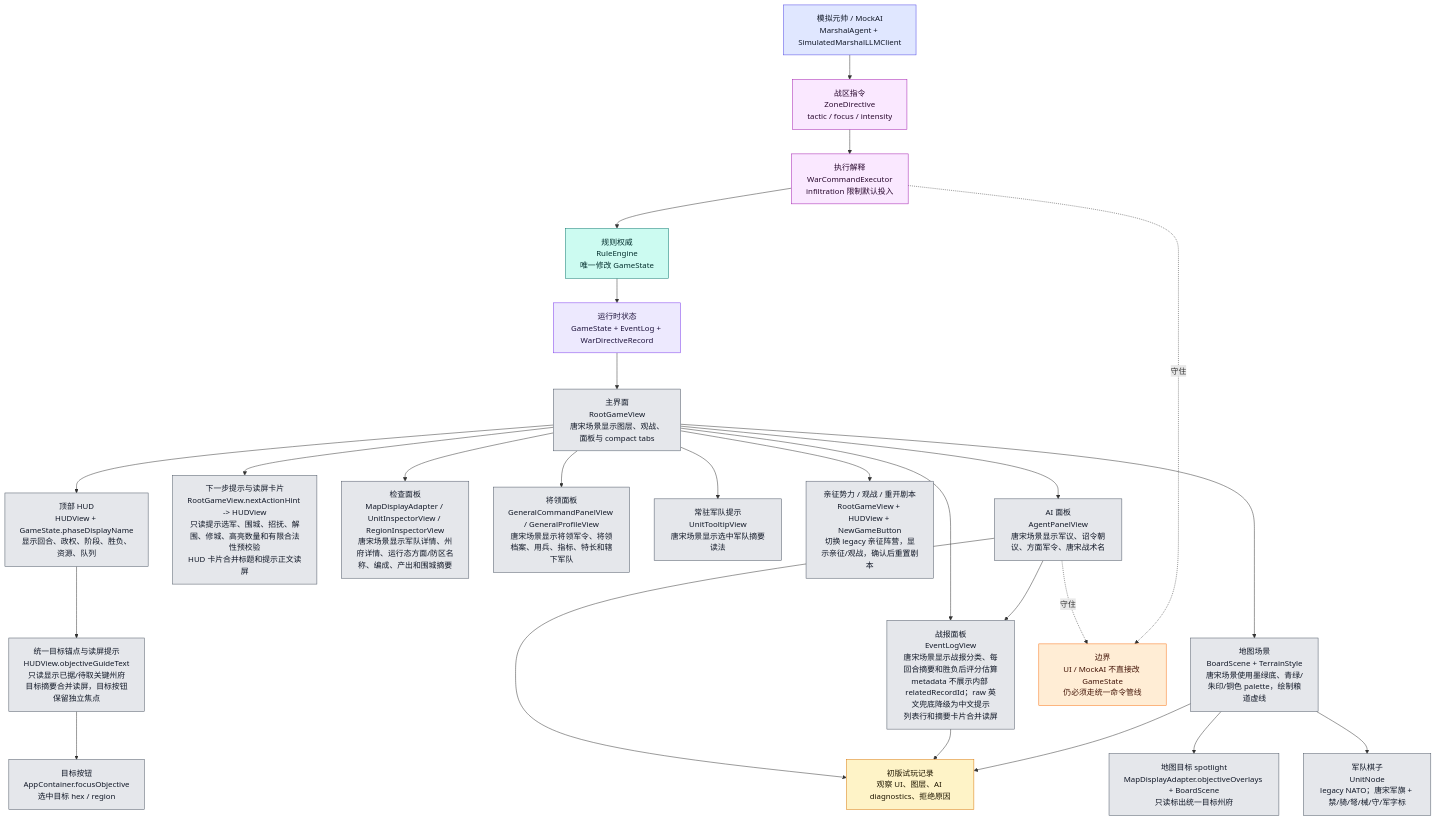
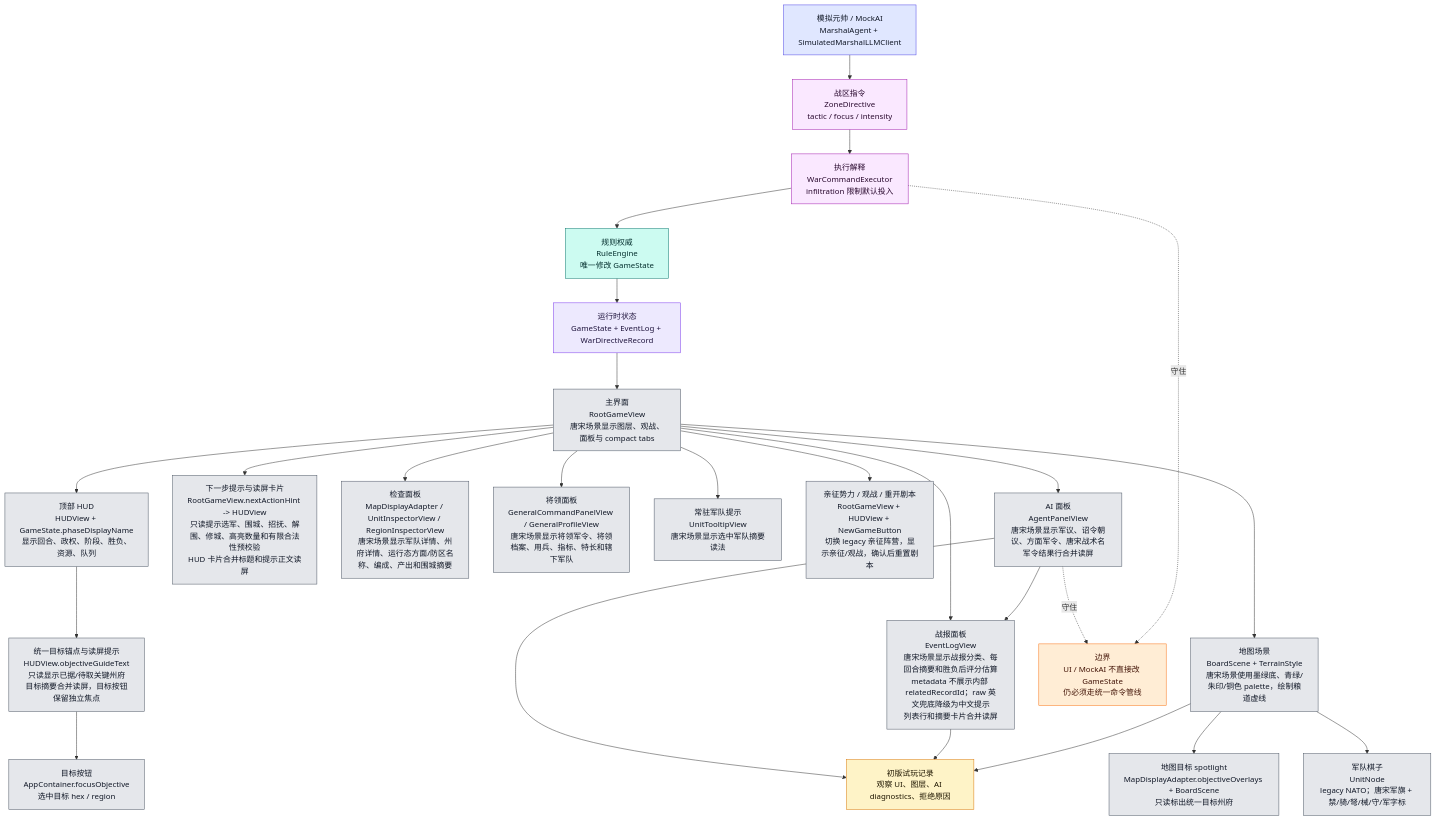
The tenth of 12 diagrams in md/flow/flowchart.md (Altman-sam114/125), drawn with Mermaid before and after one commit. The commit also changed other lines of this file and 7 other files, not shown here.

````diff
--- a/md/flow/flowchart.md
+++ b/md/flow/flowchart.md
@@ -603,54 +604,54 @@
 ```mermaid
 flowchart TD
     STATE["运行时状态<br/>GameState + EventLog + WarDirectiveRecord"]:::state
     ROOT["主界面<br/>RootGameView<br/>唐宋场景显示图层、观战、面板与 compact tabs"]:::ui
     HUD["顶部 HUD<br/>HUDView + GameState.phaseDisplayName<br/>显示回合、政权、阶段、胜负、资源、队列"]:::ui
     GOAL["统一目标锚点与读屏提示<br/>HUDView.objectiveGuideText<br/>只读显示已据/待取关键州府<br/>目标摘要合并读屏，目标按钮保留独立焦点"]:::ui
     FOCUS["目标按钮<br/>AppContainer.focusObjective<br/>选中目标 hex / region"]:::ui
     SPOTLIGHT["地图目标 spotlight<br/>MapDisplayAdapter.objectiveOverlays + BoardScene<br/>只读标出统一目标州府"]:::ui
     HINT["下一步提示与读屏卡片<br/>RootGameView.nextActionHint -> HUDView<br/>只读提示选军、围城、招抚、解围、修城、高亮数量和有限合法性预校验<br/>HUD 卡片合并标题和提示正文读屏"]:::ui
     INSPECT["检查面板<br/>MapDisplayAdapter / UnitInspectorView / RegionInspectorView<br/>唐宋场景显示军队详情、州府详情、运行态方面/防区名称、编成、产出和围城摘要"]:::ui
     GENPANELS["将领面板<br/>GeneralCommandPanelView / GeneralProfileView<br/>唐宋场景显示将领军令、将领档案、用兵、指标、特长和辖下军队"]:::ui
     TOOLTIP["常驻军队提示<br/>UnitTooltipView<br/>唐宋场景显示选中军队摘要读法"]:::ui
     SESSIONHUD["亲征势力 / 观战 / 重开剧本<br/>RootGameView + HUDView + NewGameButton<br/>切换 legacy 亲征阵营，显示亲征/观战，确认后重置剧本"]:::ui
     LOG["战报面板<br/>EventLogView<br/>唐宋场景显示战报分类、每回合摘要和胜负后评分估算<br/>metadata 不展示内部 relatedRecordId；raw 英文兜底降级为中文提示<br/>列表行和摘要卡片合并读屏"]:::ui
-    AIUI["AI 面板<br/>AgentPanelView<br/>唐宋场景显示军议、诏令朝议、方面军令、唐宋战术名"]:::ui
+    AIUI["AI 面板<br/>AgentPanelView<br/>唐宋场景显示军议、诏令朝议、方面军令、唐宋战术名<br/>军令结果行合并读屏"]:::ui
     BOARD["地图场景<br/>BoardScene + TerrainStyle<br/>唐宋场景使用墨绿底、青绿/朱印/铜色 palette，绘制粮道虚线"]:::ui
     UNIT["军队棋子<br/>UnitNode<br/>legacy NATO；唐宋军旗 + 禁/骑/弩/械/守/军字标"]:::ui
     MARSHAL["模拟元帅 / MockAI<br/>MarshalAgent + SimulatedMarshalLLMClient"]:::ai
     ZD["战区指令<br/>ZoneDirective<br/>tactic / focus / intensity"]:::command
     WCE["执行解释<br/>WarCommandExecutor<br/>infiltration 限制默认投入"]:::command
     RULE["规则权威<br/>RuleEngine<br/>唯一修改 GameState"]:::rules
     PLAYTEST["初版试玩记录<br/>观察 UI、图层、AI diagnostics、拒绝原因"]:::doc
 
     STATE --> ROOT
     ROOT --> HUD
     HUD --> GOAL --> FOCUS
     BOARD --> SPOTLIGHT
     ROOT --> HINT
     ROOT --> INSPECT
     ROOT --> GENPANELS
     ROOT --> TOOLTIP
     ROOT --> SESSIONHUD
     ROOT --> LOG
     ROOT --> AIUI
     AIUI --> LOG
     ROOT --> BOARD
     BOARD --> UNIT
     MARSHAL --> ZD --> WCE --> RULE --> STATE
     AIUI --> PLAYTEST
     LOG --> PLAYTEST
     BOARD --> PLAYTEST
 
     WARN["边界<br/>UI / MockAI 不直接改 GameState<br/>仍必须走统一命令管线"]:::warn
     AIUI -.守住.-> WARN
     WCE -.守住.-> WARN
 
     classDef state fill:#ede9fe,stroke:#7c3aed,color:#1f143d
     classDef ui fill:#e5e7eb,stroke:#4b5563,color:#111827
     classDef ai fill:#e0e7ff,stroke:#4f46e5,color:#111827
     classDef command fill:#fae8ff,stroke:#a21caf,color:#2a0a2f
     classDef rules fill:#ccfbf1,stroke:#0f766e,color:#042f2e
     classDef doc fill:#fef3c7,stroke:#d97706,color:#1f1600
     classDef warn fill:#ffedd5,stroke:#f97316,color:#431407
 ```
````
